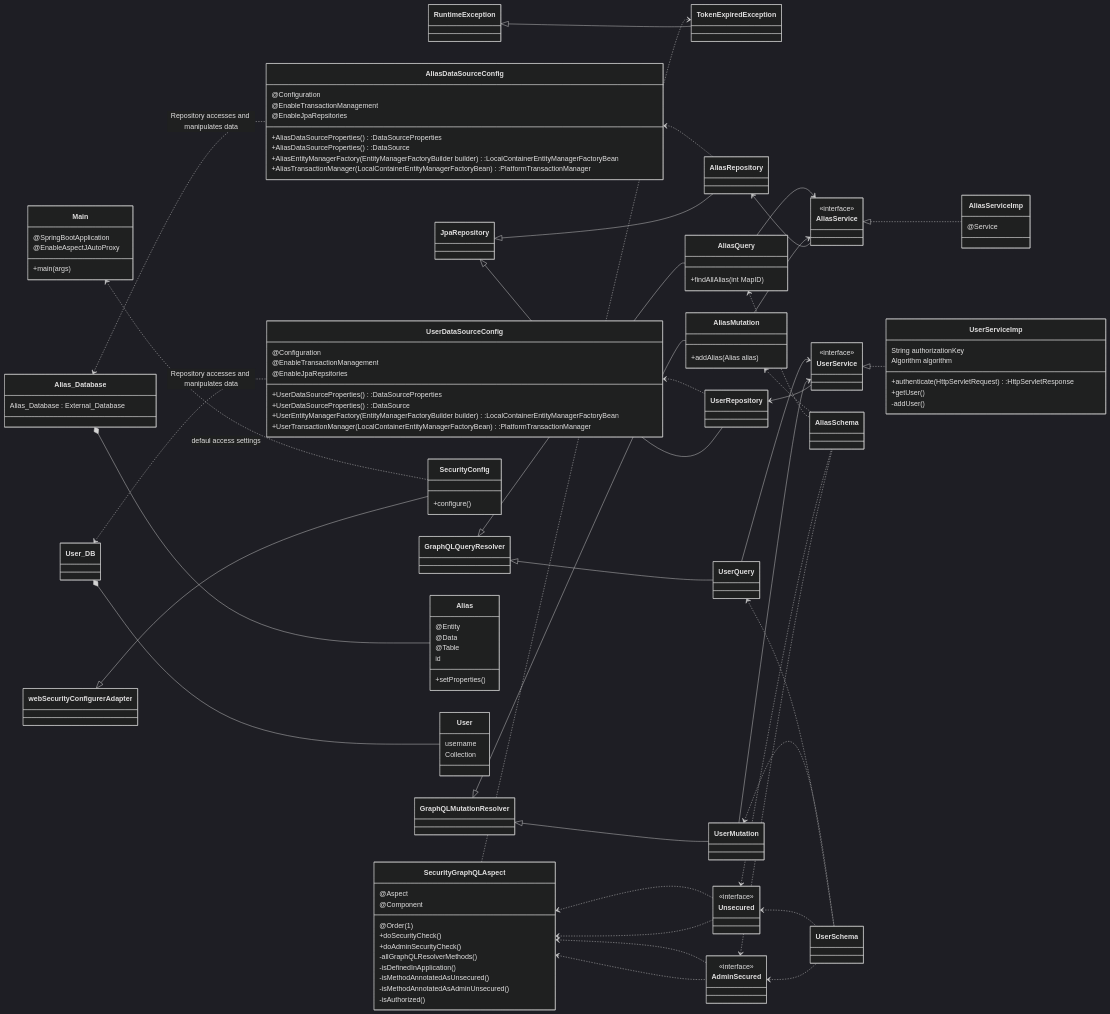
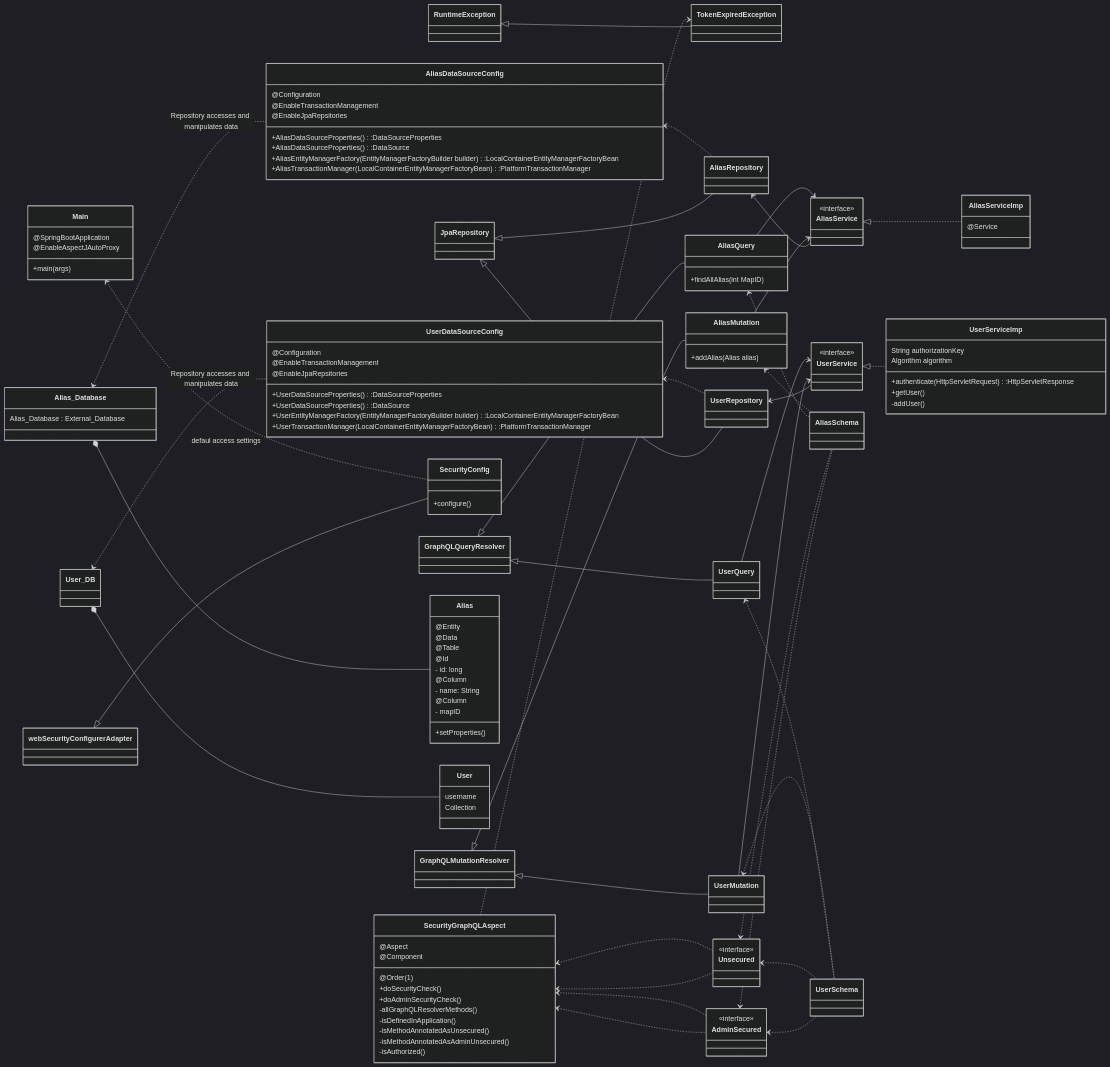
One commit to coderPaddyS/PSE_G3_Entwurf changed the diagram in Kapitel/00_Backend/mermaid/Klassendiagramm1.mmd. Above: the diagram before and after it, drawn with Mermaid (dark theme).

Commit message:
Enhance class 'Alias' in class diagram of '00_Backend'
Add Id annotation and columns 'name'
as well as 'mapID'.

```diff
--- a/Kapitel/00_Backend/mermaid/Klassendiagramm1.mmd
+++ b/Kapitel/00_Backend/mermaid/Klassendiagramm1.mmd
@@ -1,181 +1,186 @@
 classDiagram
 direction LR
 
 RuntimeException <|-- TokenExpiredException
 GraphQLMutationResolver <|-- AliasMutation
 GraphQLQueryResolver <|-- AliasQuery
 GraphQLMutationResolver <|-- UserMutation
 GraphQLQueryResolver <|-- UserQuery
 JpaRepository <|-- AliasRepository
 JpaRepository <|-- UserRepository
 webSecurityConfigurerAdapter <|-- SecurityConfig
 
 
 AliasService <|.. AliasServiceImp
 UserService <|.. UserServiceImp
 
 AliasRepository <-- AliasService
 UserRepository <-- UserService
 
 SecurityGraphQLAspect <.. AdminSecured
 SecurityGraphQLAspect <.. Unsecured
 SecurityGraphQLAspect ..> TokenExpiredException
 
 Alias_Database *-- Alias
 
 User_DB *-- User
 
 AliasMutation --> AliasService
 AliasQuery --> AliasService
 UserMutation --> UserService
 UserQuery --> UserService
 
 Alias_Database <.. AliasDataSourceConfig : Repository accesses and manipulates data
 AliasDataSourceConfig <.. AliasRepository
 User_DB <.. UserDataSourceConfig : Repository accesses and manipulates data
 UserDataSourceConfig <.. UserRepository
 
 AdminSecured <.. AliasSchema
 Unsecured <.. AliasSchema
 AdminSecured <.. UserSchema
 Unsecured <.. UserSchema
 
 Main <.. SecurityConfig : defaul access settings
 
 AdminSecured ..> SecurityGraphQLAspect
 Unsecured ..> SecurityGraphQLAspect
 
 AliasQuery <.. AliasSchema
 AliasMutation <.. AliasSchema
 
 
 UserQuery <.. UserSchema    
 UserMutation <.. UserSchema
 
 
 class RuntimeException
 
 class TokenExpiredException
 
 
 class AliasService{
 <<interface>>
 }
 
 class AliasServiceImp{
 @Service
 }
 
 class GraphQLMutationResolver 
 
 class AliasMutation{
 +addAlias(Alias alias)
 }
 
 class UserMutation
 
 class GraphQLQueryResolver
 
 class UserQuery
 
 class AliasQuery{
 +findAllAlias(int MapID)
 }
 
 
 class SecurityConfig{
 +configure()
 }
 
 class AdminSecured{
 <<interface>> 
 }
 
 class Unsecured{
 <<interface>> 
 }
 
 class SecurityGraphQLAspect{
 @Aspect
 @Component
 @Order(1)
 +doSecurityCheck()
 +doAdminSecurityCheck()
 -allGraphQLResolverMethods()
 -isDefinedInApplication()
 -isMethodAnnotatedAsUnsecured()
 -isMethodAnnotatedAsAdminUnsecured()
 -isAuthorized()
 }
 
 
 
 class User{
 username
 Collection<? extends GranedAuthority>
 }
 
 
 class Alias{
 @Entity
 @Data
 @Table
-id
+@Id
+- id: long
+@Column
+- name: String
+@Column
+- mapID
 +setProperties()
 }
 
 class AliasDataSourceConfig{ 
 @Configuration
 @EnableTransactionManagement
 @EnableJpaRepsitories
 +AliasDataSourceProperties():DataSourceProperties
 +AliasDataSourceProperties():DataSource
 +AliasEntityManagerFactory(EntityManagerFactoryBuilder builder):LocalContainerEntityManagerFactoryBean 
 +AliasTransactionManager(LocalContainerEntityManagerFactoryBean):PlatformTransactionManager 
 }  
 
 class UserDataSourceConfig{ 
 @Configuration
 @EnableTransactionManagement
 @EnableJpaRepsitories
 +UserDataSourceProperties():DataSourceProperties
 +UserDataSourceProperties():DataSource
 +UserEntityManagerFactory(EntityManagerFactoryBuilder builder):LocalContainerEntityManagerFactoryBean 
 +UserTransactionManager(LocalContainerEntityManagerFactoryBean):PlatformTransactionManager 
 }
 
 class webSecurityConfigurerAdapter
 
 class JpaRepository
 
 class AliasRepository
 
 class Alias_Database{
 Alias_Database : External_Database
 }
 
 class UserService{
 <<interface>>
 }
 
 class UserServiceImp{
 String authorizationKey
 Algorithm algorithm
 +authenticate(HttpServletRequest):HttpServletResponse 
 +getUser()
 -addUser()
 }
 
 class UserRepository
 
 class User_DB
 
 
 class AliasSchema
 class UserSchema
 
 class Main {
     @SpringBootApplication
     @EnableAspectJAutoProxy 
         +main(args)
 }
```
